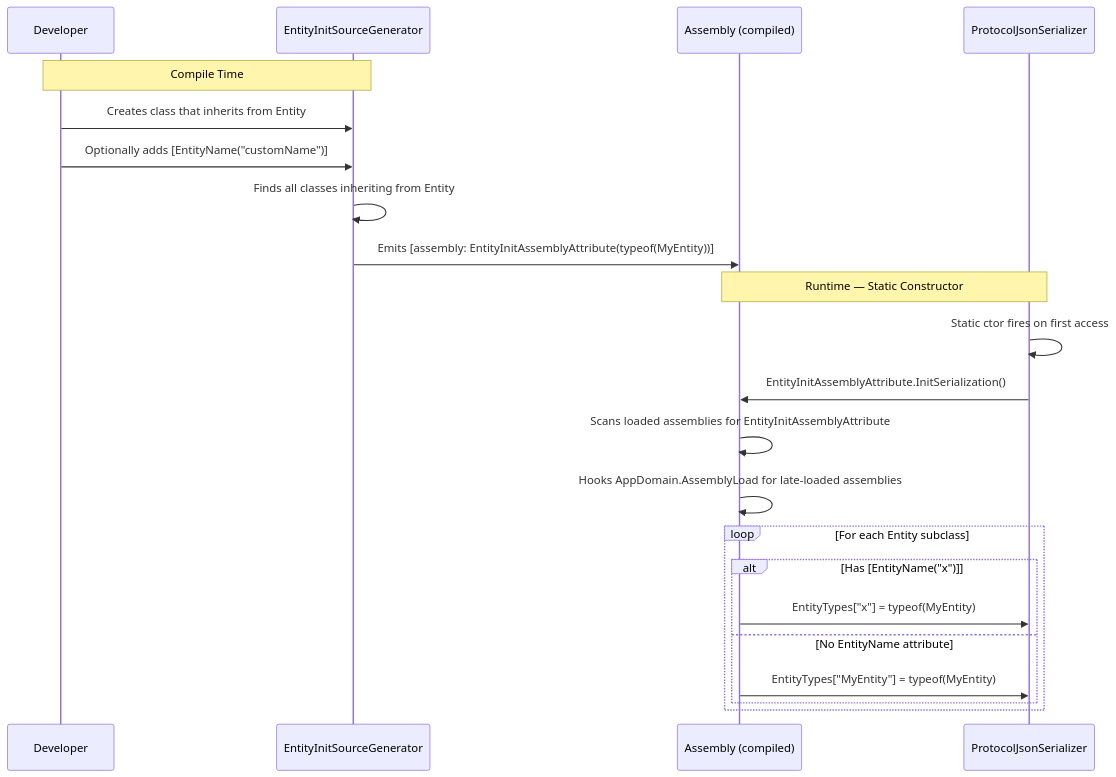
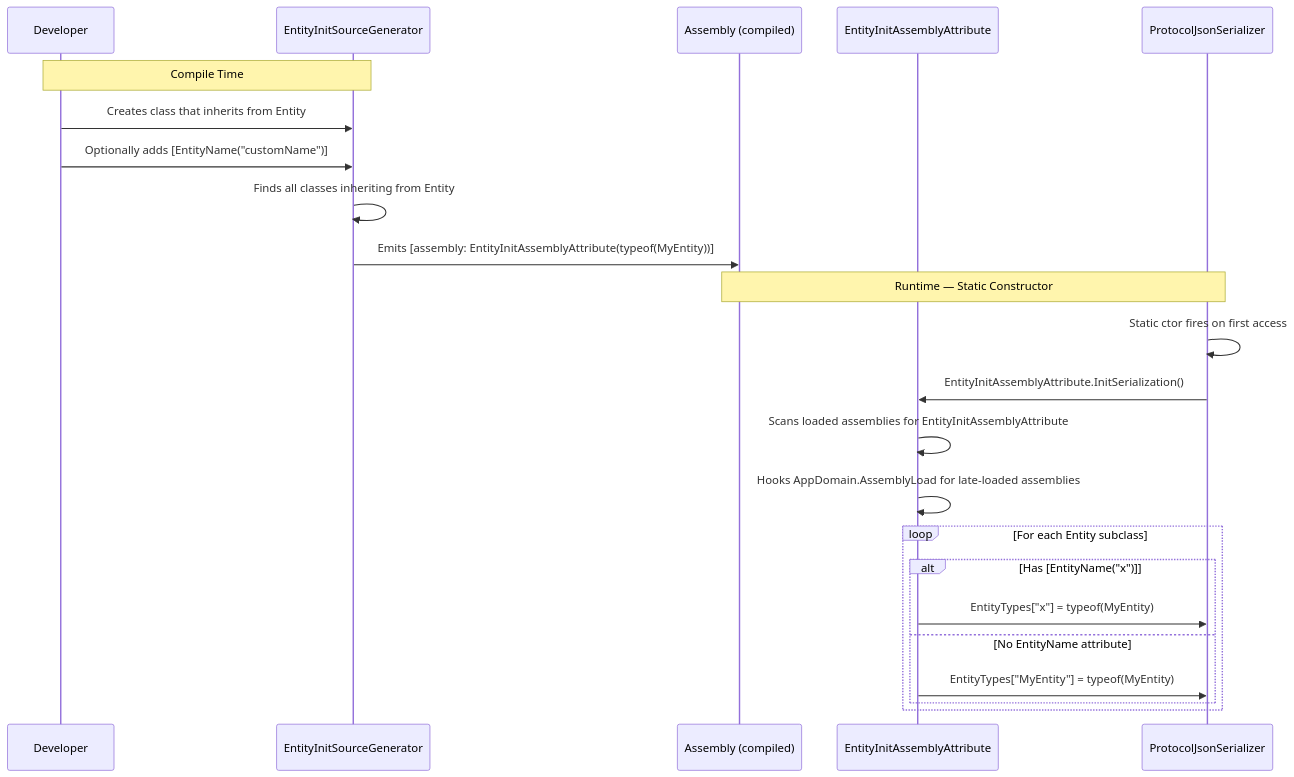
One commit to microsoft/Agents-for-net changed the second of 3 diagrams in docs/serialization-extension-sequence-diagram.md. Above: the diagram before and after it, drawn with Mermaid. The commit also changed other lines of this file and 6 other files, not shown here.

Commit message:
docs: fix sequence diagram drift (closes #920)

````diff
--- a/docs/serialization-extension-sequence-diagram.md
+++ b/docs/serialization-extension-sequence-diagram.md
@@ -48,26 +49,27 @@
 ```mermaid
 sequenceDiagram
     participant Dev as Developer
     participant EG as EntityInitSourceGenerator
     participant Asm as Assembly (compiled)
+    participant EIA as EntityInitAssemblyAttribute
     participant PJS as ProtocolJsonSerializer
 
     Note over Dev,EG: Compile Time
     Dev->>EG: Creates class that inherits from Entity
     Dev->>EG: Optionally adds [EntityName("customName")]
     EG->>EG: Finds all classes inheriting from Entity
     EG->>Asm: Emits [assembly: EntityInitAssemblyAttribute(typeof(MyEntity))]
 
     Note over Asm,PJS: Runtime — Static Constructor
     PJS->>PJS: Static ctor fires on first access
-    PJS->>Asm: EntityInitAssemblyAttribute.InitSerialization()
-    Asm->>Asm: Scans loaded assemblies for EntityInitAssemblyAttribute
-    Asm->>Asm: Hooks AppDomain.AssemblyLoad for late-loaded assemblies
+    PJS->>EIA: EntityInitAssemblyAttribute.InitSerialization()
+    EIA->>EIA: Scans loaded assemblies for EntityInitAssemblyAttribute
+    EIA->>EIA: Hooks AppDomain.AssemblyLoad for late-loaded assemblies
     loop For each Entity subclass
         alt Has [EntityName("x")]
-            Asm->>PJS: EntityTypes["x"] = typeof(MyEntity)
+            EIA->>PJS: EntityTypes["x"] = typeof(MyEntity)
         else No EntityName attribute
-            Asm->>PJS: EntityTypes["MyEntity"] = typeof(MyEntity)
+            EIA->>PJS: EntityTypes["MyEntity"] = typeof(MyEntity)
         end
     end
 ```
````
